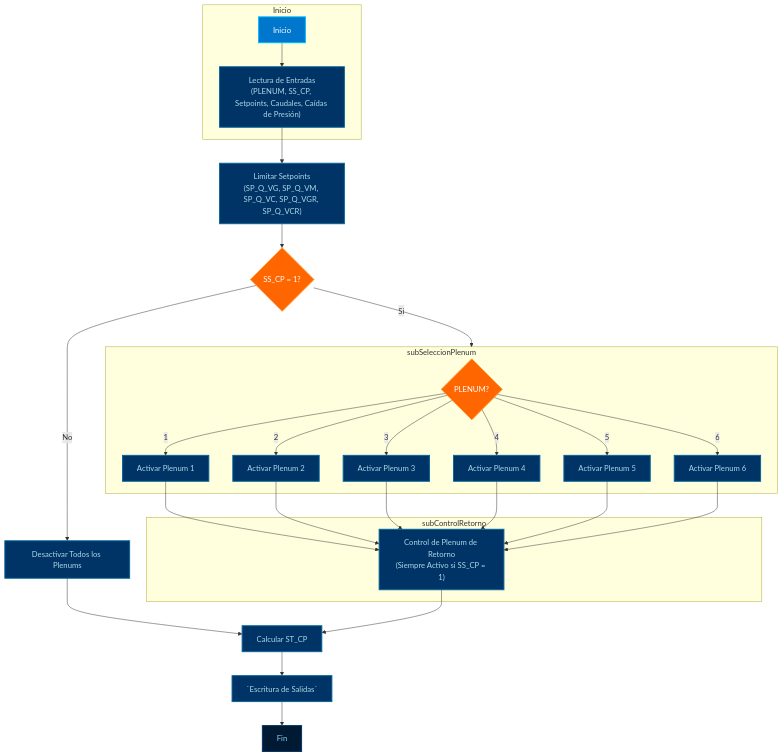
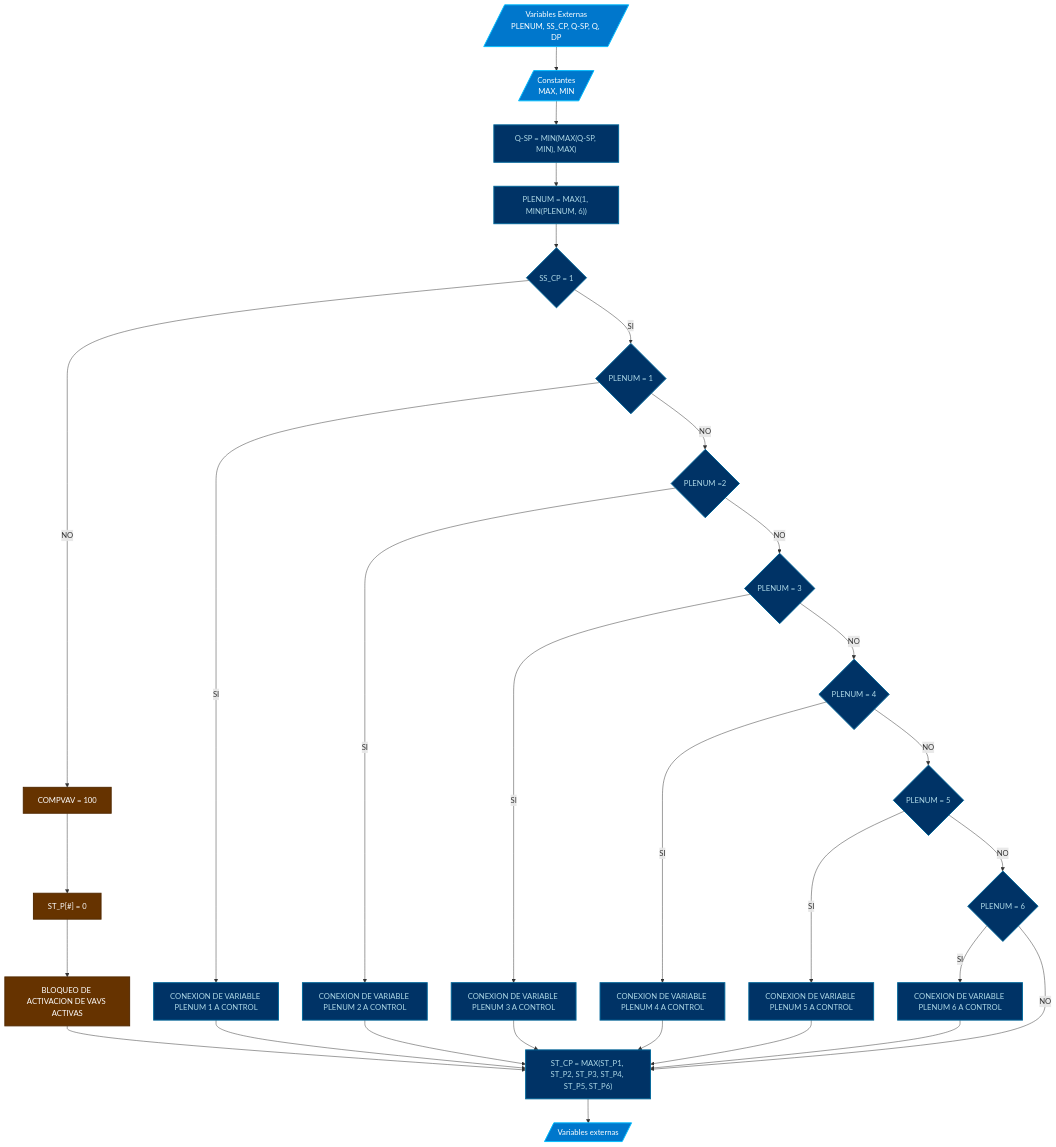
The diagram in Cuarto-de-Pruebas/Controlador-1/PRG3/PROMPT.md (cjhirashi/ct-prub-in), drawn with Mermaid before and after one commit. The commit also changed other lines of this file, not shown here.

Commit message:
Actualizar PROMPT.md para incluir nuevas variables de presión en plenums y limitar setpoints de caudales, mejorando la lógica de control del sistema.

````diff
--- a/Cuarto-de-Pruebas/Controlador-1/PRG3/PROMPT.md
+++ b/Cuarto-de-Pruebas/Controlador-1/PRG3/PROMPT.md
@@ -236,43 +292,45 @@
 ```mermaid
 flowchart TB
-    subgraph Inicio
-    INICIO[Inicio]:::inicio --> LECTURA["`Lectura de Entradas<br>(PLENUM, SS_CP, Setpoints, Caudales, Caídas de Presión)`"]:::proceso
-    end
+    VAREXT[/"Variables Externas<br>PLENUM, SS_CP, Q-SP, Q, DP"/] --> VARINT
+    VARINT[/"Constantes<br>MAX, MIN"/] --> SPQ
+    SPQ["Q-SP = MIN(MAX(Q-SP, MIN), MAX)"] --> PLENUM
+    PLENUM["PLENUM = MAX(1, MIN(PLENUM, 6))"] --> SSCP
+    SSCP{"SS_CP = 1"} -- SI --> PL1
+    SSCP -- NO --> OFF1
+    OFF1["COMPVAV = 100"] --> OFF2
+    OFF2["ST_P[#] = 0"] --> OFF3
+    OFF3["BLOQUEO DE ACTIVACION DE VAVS ACTIVAS"] --> ST
+    PL1{PLENUM = 1} -- SI --> CNX1
+    CNX1[CONEXION DE VARIABLE PLENUM 1 A CONTROL] --> ST
+    PL1 -- NO --> PL2
+    PL2{PLENUM =2} -- SI --> CNX2
+    CNX2[CONEXION DE VARIABLE PLENUM 2 A CONTROL] --> ST
+    PL2 -- NO --> PL3
+    PL3{PLENUM = 3} -- SI --> CNX3
+    CNX3[CONEXION DE VARIABLE PLENUM 3 A CONTROL] --> ST
+    PL3 -- NO --> PL4
+    PL4{PLENUM = 4} -- SI --> CNX4
+    CNX4[CONEXION DE VARIABLE PLENUM 4 A CONTROL] --> ST
+    PL4 -- NO --> PL5
+    PL5{PLENUM = 5} -- SI --> CNX5
+    CNX5[CONEXION DE VARIABLE PLENUM 5 A CONTROL] --> ST
+    PL5 -- NO --> PL6
+    PL6{PLENUM = 6} -- SI --> CNX6
+    CNX6[CONEXION DE VARIABLE PLENUM 6 A CONTROL] --> ST
+    PL6 -- NO --> ST
+    ST["ST_CP = MAX(ST_P1, ST_P2, ST_P3, ST_P4, ST_P5, ST_P6)"] --> VAROUT
 
-    LECTURA --> LIMITAR_SP["`Limitar Setpoints<br>(SP_Q_VG, SP_Q_VM, SP_Q_VC, SP_Q_VGR, SP_Q_VCR)`"]:::proceso
+    VAROUT[/"Variables externas<br>"/]
+    
 
-    LIMITAR_SP --> VERIFICAR_SSCP{SS_CP = 1?}:::condicion
+    classDef var fill:#0077CC, stroke:#00BFFF, stroke-width:2px, color:#FFFFFF
+    class VAREXT,VARINT,VAROUT var
 
-    VERIFICAR_SSCP -- Sí --> subSeleccionPlenum
-        subgraph subSeleccionPlenum
-        VERIFICAR_PLENUM{PLENUM?}:::condicion
-        VERIFICAR_PLENUM -- 1 --> ACT_PLENUM1[Activar Plenum 1]:::proceso
-        VERIFICAR_PLENUM -- 2 --> ACT_PLENUM2[Activar Plenum 2]:::proceso
-        VERIFICAR_PLENUM -- 3 --> ACT_PLENUM3[Activar Plenum 3]:::proceso
-        VERIFICAR_PLENUM -- 4 --> ACT_PLENUM4[Activar Plenum 4]:::proceso
-        VERIFICAR_PLENUM -- 5 --> ACT_PLENUM5[Activar Plenum 5]:::proceso
-        VERIFICAR_PLENUM -- 6 --> ACT_PLENUM6[Activar Plenum 6]:::proceso
-        end
-    VERIFICAR_SSCP -- No --> DESACTIVAR[Desactivar Todos los Plenums]:::proceso
+    classDef proceso fill:#003366, stroke:#006699, stroke-width:2px, color:#ADD8E6
+    class SPQ,PLENUM,SSCP,OFF1,OFF2,OFF3,PL1,CNX1,PL2,CNX2,PL3,CNX3,PL4,CNX4,PL5,CNX5,PL6,CNX6,ST proceso
 
-    ACT_PLENUM1 --> RETORNO
-    ACT_PLENUM2 --> RETORNO
-    ACT_PLENUM3 --> RETORNO
-    ACT_PLENUM4 --> RETORNO
-    ACT_PLENUM5 --> RETORNO
-    ACT_PLENUM6 --> RETORNO
-    
-    subgraph subControlRetorno
-        RETORNO["`Control de Plenum de Retorno<br>(Siempre Activo si SS_CP = 1)`"]:::proceso
-    end
-    
-    DESACTIVAR --> CALC_ST_CP
-    RETORNO --> CALC_ST_CP[Calcular ST_CP]:::proceso
-    CALC_ST_CP --> ESCRIBIR_SALIDAS[`Escritura de Salidas`]:::proceso
-    ESCRIBIR_SALIDAS --> FIN[Fin]:::fin
+    classDef negativo fill:#663300, stroke:#522900, stroke-width:2px, color:#FFFFFF
+    class OFF1,OFF2,OFF3 negativo
 
-    classDef inicio fill:#0077CC, stroke:#00BFFF, stroke-width:2px, color:#FFFFFF
-    classDef proceso fill:#003366, stroke:#006699, stroke-width:2px, color:#ADD8E6
-    classDef condicion fill:#FF6600, stroke:#FF9933, stroke-width:2px, color:#FFFFFF
-    classDef fin fill:#001A33, stroke:#003366, stroke-width:2px, color:#87CEEB
+
 ```
````
